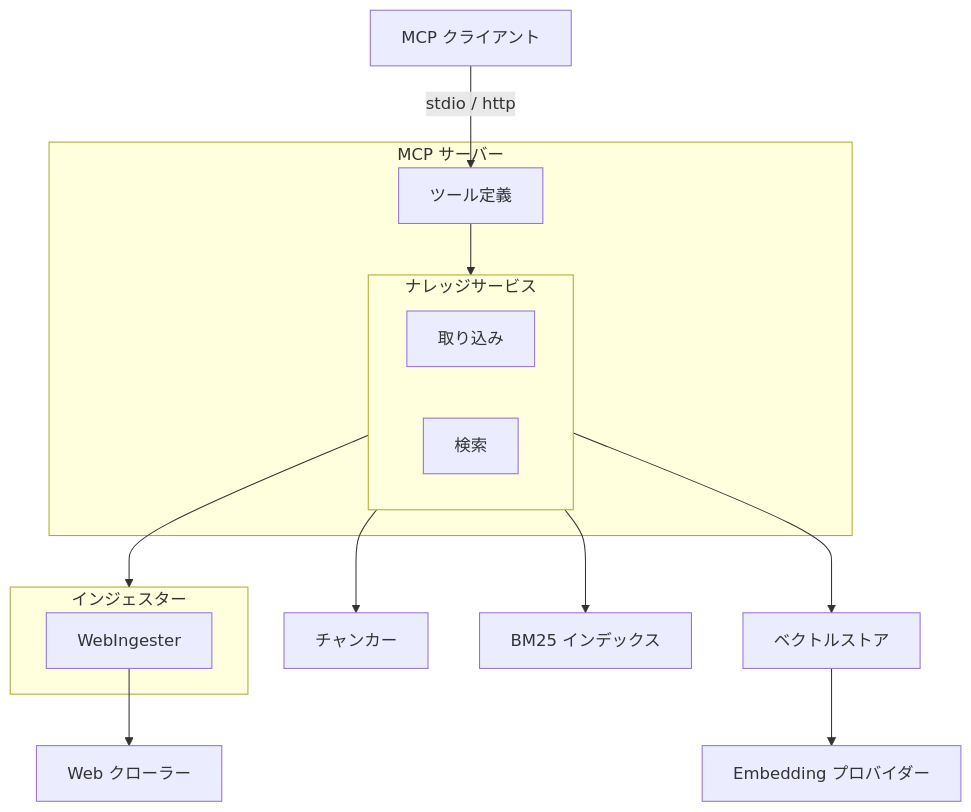
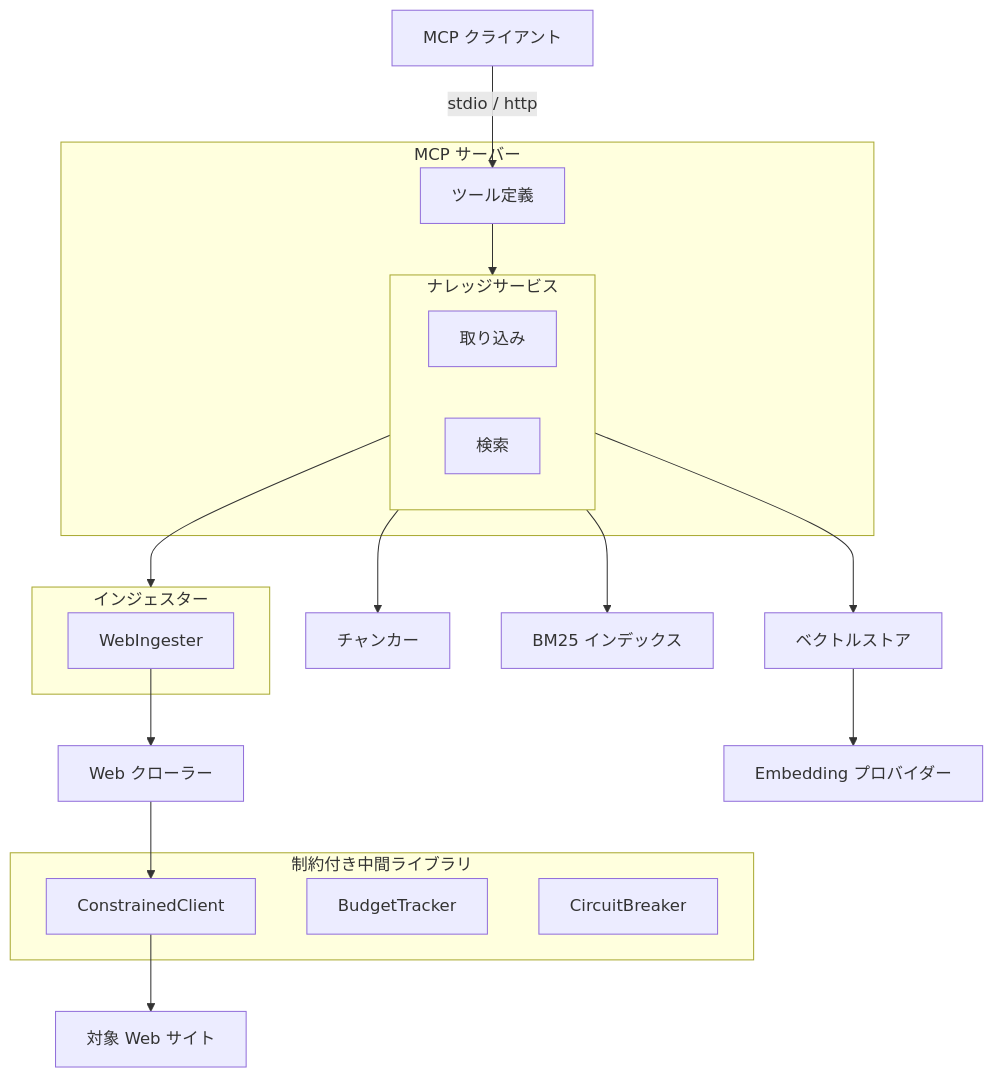
Before and after one commit to becky3/rag-knowledge: the first of 4 diagrams in docs/specs/rag-knowledge.md, drawn with Mermaid. The commit also changed other lines of this file and 12 other files, not shown here.

````diff
--- a/docs/specs/rag-knowledge.md
+++ b/docs/specs/rag-knowledge.md
@@ -74,31 +119,41 @@
 ```mermaid
 flowchart TB
     CLIENT["MCP クライアント"]
 
     subgraph MCP["MCP サーバー"]
         TOOLS["ツール定義"]
         subgraph Service["ナレッジサービス"]
             INGEST["取り込み"]
             RETRIEVE["検索"]
         end
     end
 
     subgraph Ingesters["インジェスター"]
         WING["WebIngester"]
     end
 
     CRAWLER["Web クローラー"]
+
+    subgraph Safety["制約付き中間ライブラリ"]
+        CC["ConstrainedClient"]
+        BT["BudgetTracker"]
+        CB["CircuitBreaker"]
+    end
+
     CHUNKER["チャンカー"]
     VECTOR["ベクトルストア"]
     BM25["BM25 インデックス"]
     EMBED["Embedding プロバイダー"]
+    WEB["対象 Web サイト"]
 
     CLIENT -->|stdio / http| TOOLS
     TOOLS --> Service
     Service --> Ingesters
     WING --> CRAWLER
+    CRAWLER --> CC
+    CC --> WEB
     Service --> CHUNKER
     Service --> VECTOR
     Service --> BM25
     VECTOR --> EMBED
 ```
````
